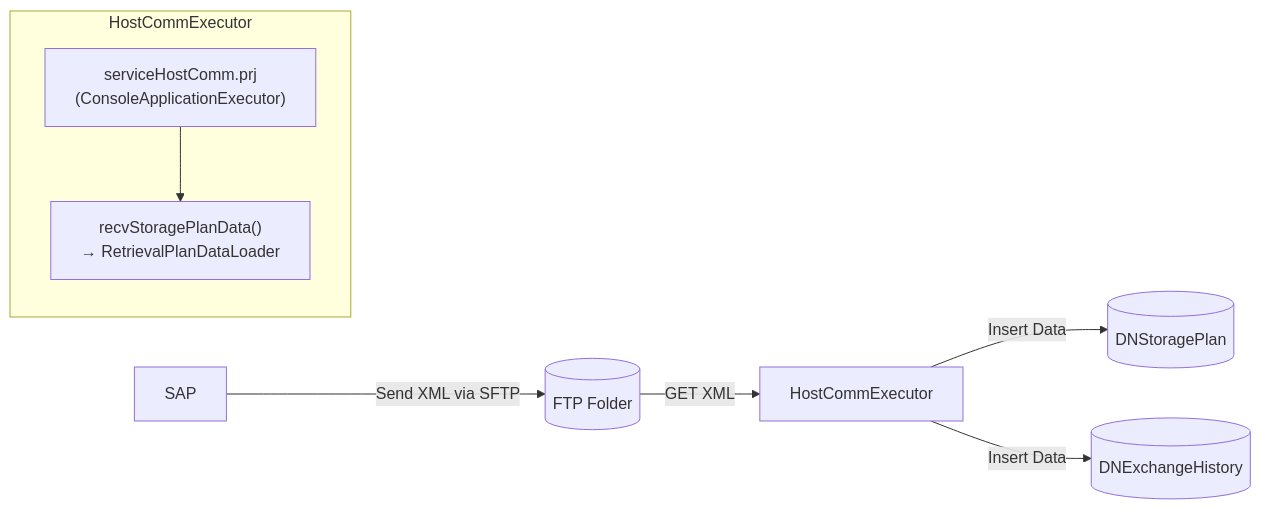
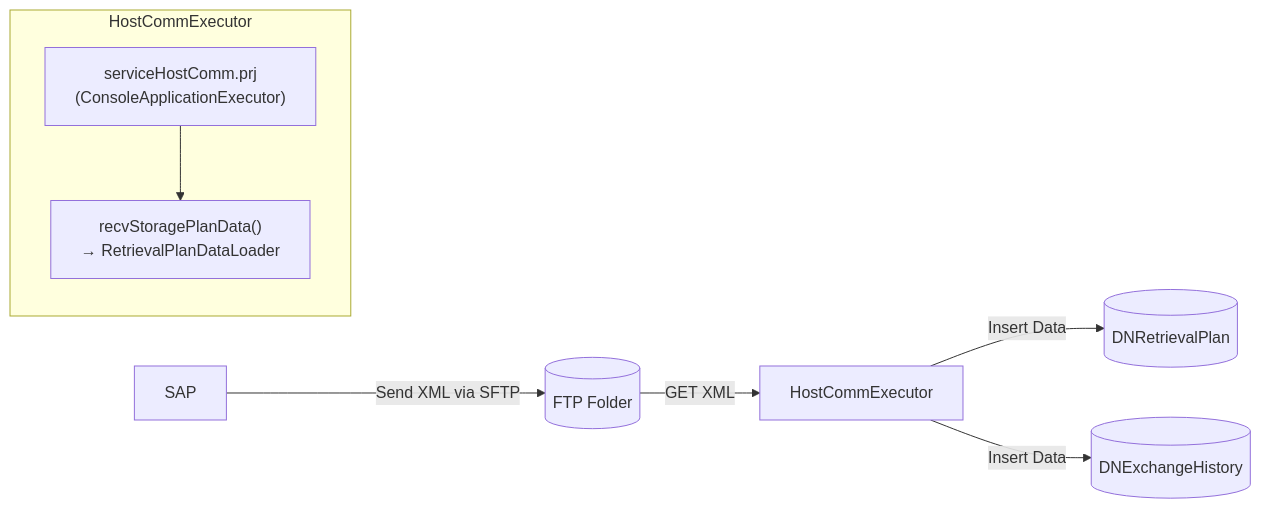
The diagram in Basic-Design/Host-Interfaces/Planned-Retrieval.md (luthfiadityaa/SimeDarby-Wiki), drawn with Mermaid before and after one commit.

Commit message:
Updated Planned Retrieval

```diff
--- a/Basic-Design/Host-Interfaces/Planned-Retrieval.md
+++ b/Basic-Design/Host-Interfaces/Planned-Retrieval.md
@@ -11,13 +11,13 @@
 ::: mermaid
 flowchart LR
     A[SAP] -->|Send XML via SFTP| B[(FTP Folder)]
     B -->|GET XML| C[HostCommExecutor]
-    C -->|Insert Data| E[(DNStoragePlan)]
+    C -->|Insert Data| E[(DNRetrievalPlan)]
     C -->|Insert Data| F[(DNExchangeHistory)]
 
     subgraph HostCommExecutor
         C1["serviceHostComm.prj<br>(ConsoleApplicationExecutor)"]
         C2["recvStoragePlanData()<br>→ RetrievalPlanDataLoader"]
         C1 --> C2
     end
 :::
```
